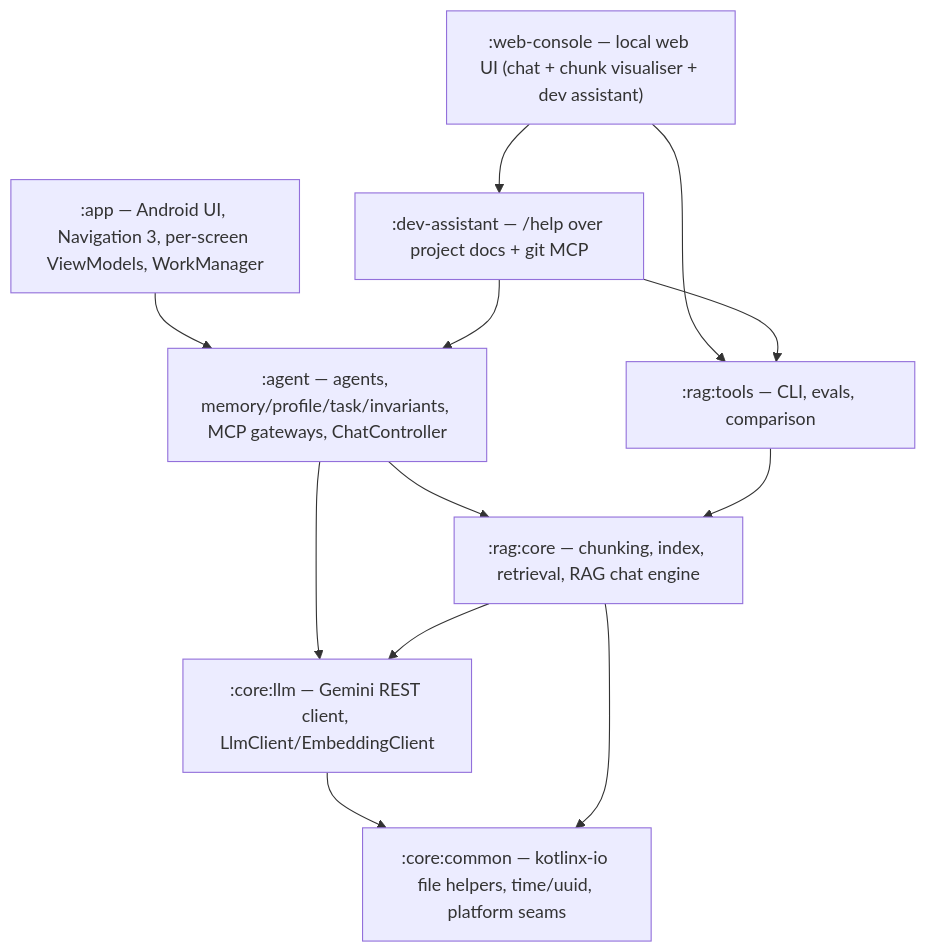
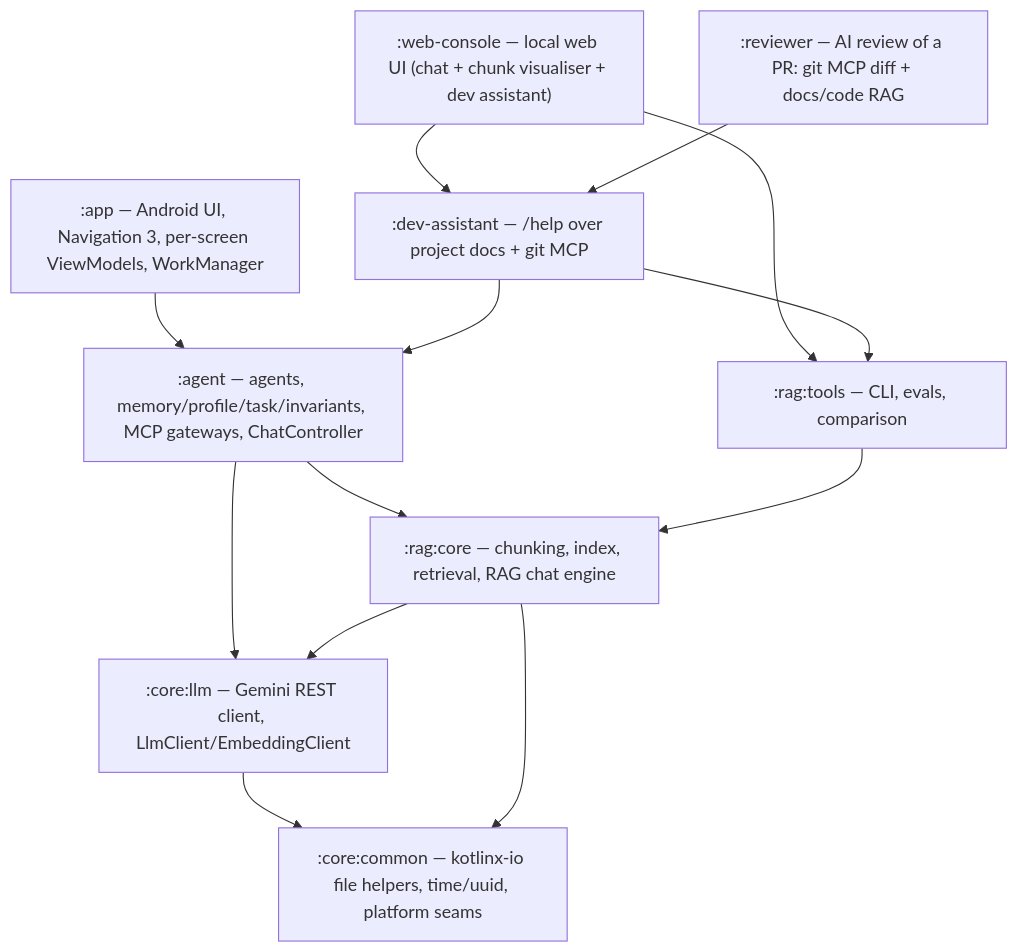
The first of 2 diagrams in README.md (vlad-dexcom/AI-Challenge), drawn with Mermaid before and after one commit. The commit also changed other lines of this file and 24 other files, not shown here.

Commit message:
Day 32: AI review of pull requests (git MCP diff + docs/code RAG + GitHub Action) (#35)

````diff
--- a/README.md
+++ b/README.md
@@ -505,15 +514,16 @@
 ```mermaid
 graph TD
   app[":app — Android UI, Navigation 3, per-screen ViewModels, WorkManager"] --> agent
   agent[":agent — agents, memory/profile/task/invariants, MCP gateways, ChatController"] --> ragcore
   agent --> llm
   ragcore[":rag:core — chunking, index, retrieval, RAG chat engine"] --> llm
   llm[":core:llm — Gemini REST client, LlmClient/EmbeddingClient"] --> common
   ragcore --> common
   common[":core:common — kotlinx-io file helpers, time/uuid, platform seams"]
   ragtools[":rag:tools — CLI, evals, comparison"] --> ragcore
   web[":web-console — local web UI (chat + chunk visualiser + dev assistant)"] --> ragtools
   web --> devassistant
   devassistant[":dev-assistant — /help over project docs + git MCP"] --> agent
   devassistant --> ragtools
+  reviewer[":reviewer — AI review of a PR: git MCP diff + docs/code RAG"] --> devassistant
 ```
````
